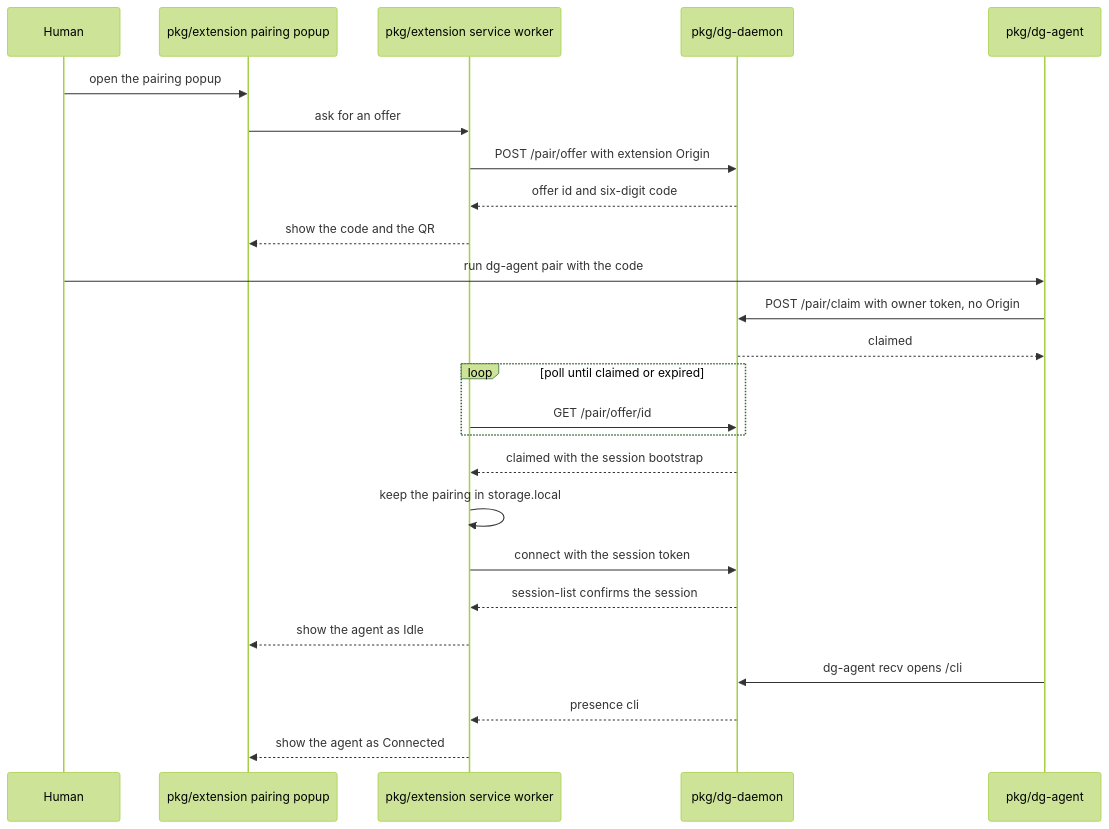
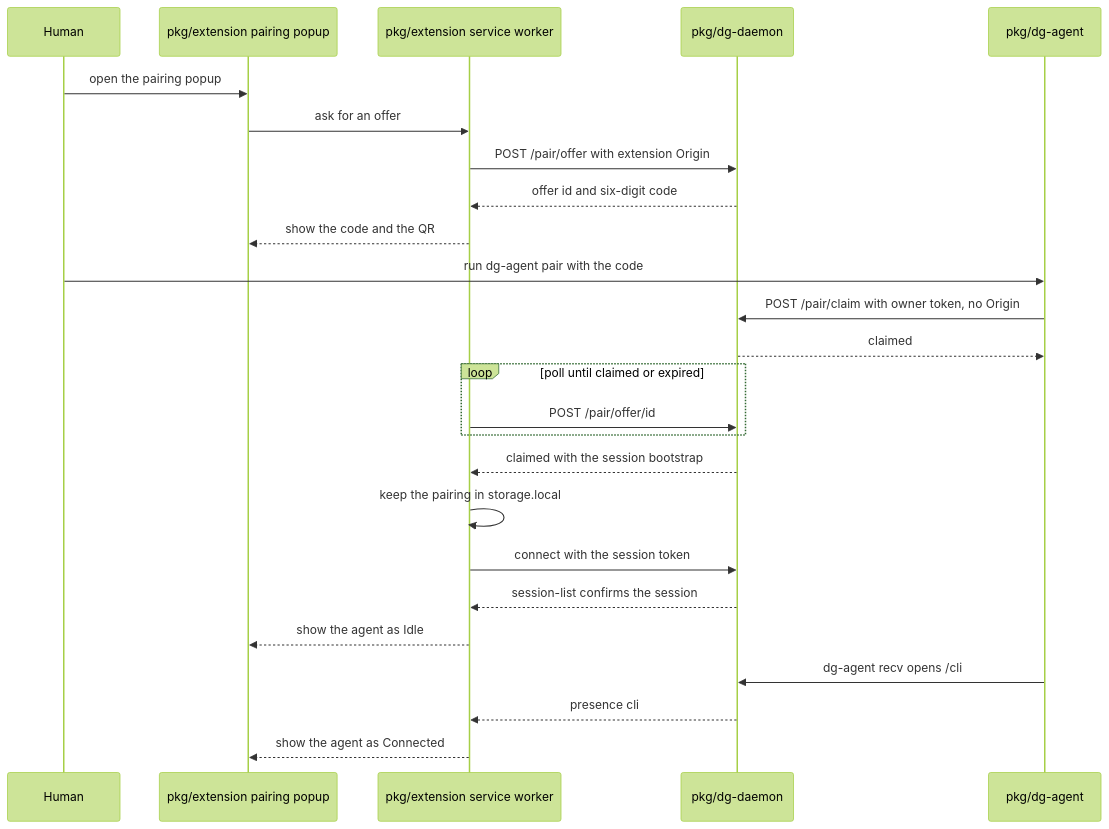
One commit to detailedghost/dg-ai changed the diagram in docs/adr/0038-extension-pairing-only.md. Above: the diagram before and after it, drawn with Mermaid (forest theme). The commit also changed other lines of this file and 10 other files, not shown here.

First line of the commit message:
fix(pairing): poll pair offers with POST so Chromium sends an Origin

````diff
--- a/docs/adr/0038-extension-pairing-only.md
+++ b/docs/adr/0038-extension-pairing-only.md
@@ -62,27 +62,27 @@
 ```mermaid
 sequenceDiagram
     participant H as Human
     participant P as pkg/extension pairing popup
     participant W as pkg/extension service worker
     participant D as pkg/dg-daemon
     participant A as pkg/dg-agent
     H->>P: open the pairing popup
     P->>W: ask for an offer
     W->>D: POST /pair/offer with extension Origin
     D-->>W: offer id and six-digit code
     W-->>P: show the code and the QR
     H->>A: run dg-agent pair with the code
     A->>D: POST /pair/claim with owner token, no Origin
     D-->>A: claimed
     loop poll until claimed or expired
-        W->>D: GET /pair/offer/id
+        W->>D: POST /pair/offer/id
     end
     D-->>W: claimed with the session bootstrap
     W->>W: keep the pairing in storage.local
     W->>D: connect with the session token
     D-->>W: session-list confirms the session
     W-->>P: show the agent as Idle
     A->>D: dg-agent recv opens /cli
     D-->>W: presence cli
     W-->>P: show the agent as Connected
 ```
````
